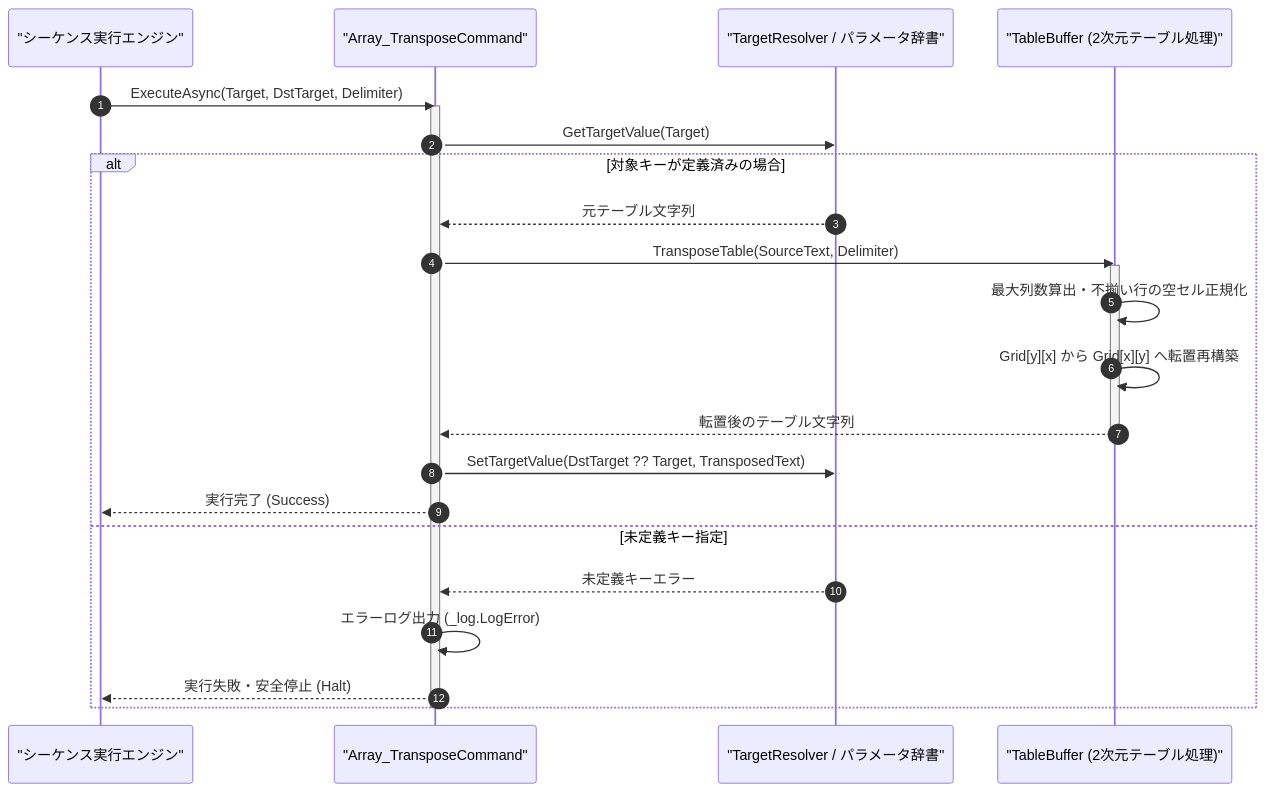
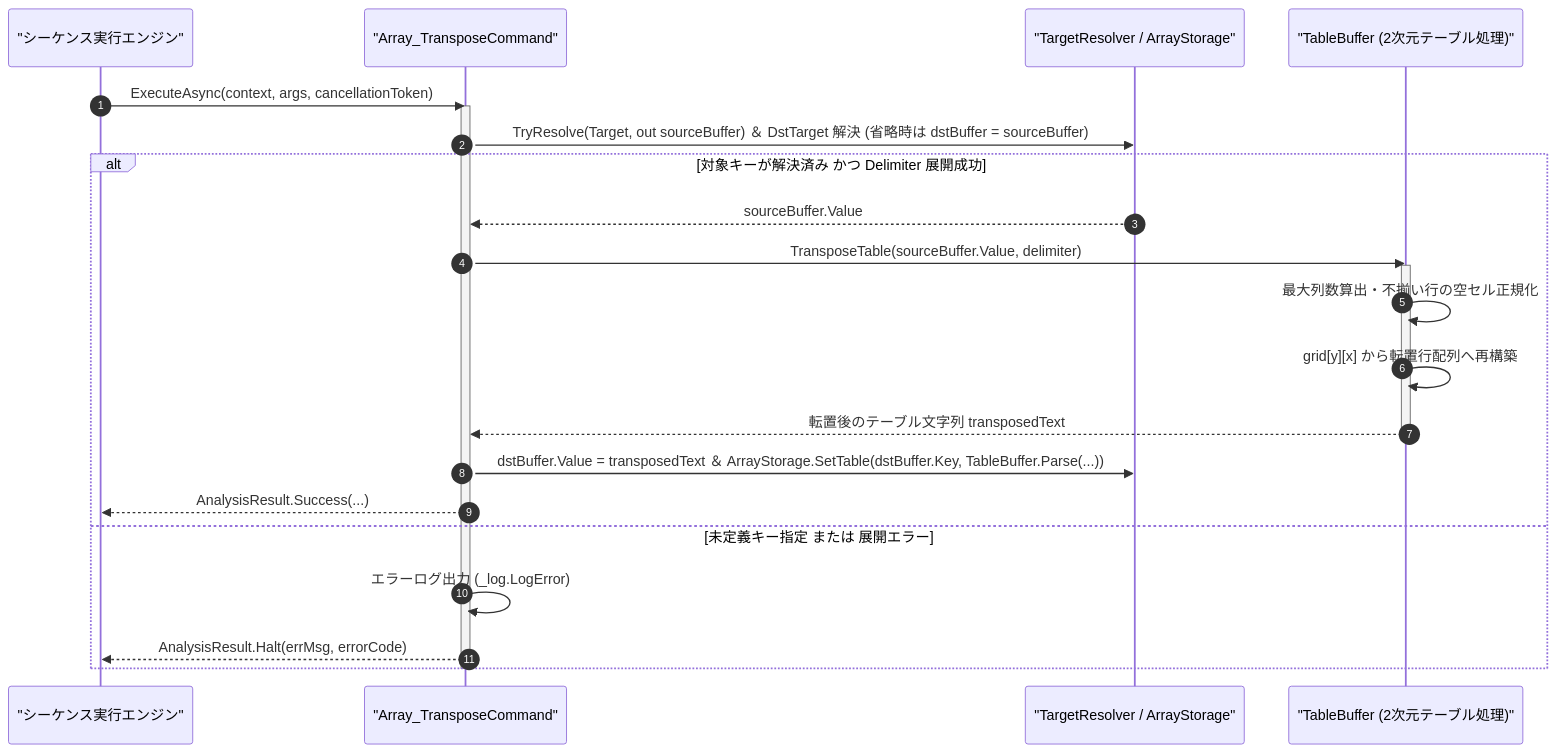
One commit to Monaca-App/TermAddIn changed the diagram in Manual/Core/Array/Array_Transpose.Md. Above: the diagram before and after it, drawn with Mermaid. The commit also changed other lines of this file and 157 other files, not shown here.

````diff
--- a/Manual/Core/Array/Array_Transpose.Md
+++ b/Manual/Core/Array/Array_Transpose.Md
@@ -67,28 +74,27 @@
 ```mermaid
 sequenceDiagram
     autonumber
     participant Engine as "シーケンス実行エンジン"
     participant Cmd as "Array_TransposeCommand"
-    participant Target as "TargetResolver / パラメータ辞書"
+    participant Target as "TargetResolver / ArrayStorage"
     participant Buffer as "TableBuffer (2次元テーブル処理)"
 
-    Engine->>Cmd: ExecuteAsync(Target, DstTarget, Delimiter)
+    Engine->>Cmd: ExecuteAsync(context, args, cancellationToken)
     activate Cmd
-    Cmd->>Target: GetTargetValue(Target)
-    alt 対象キーが定義済みの場合
-        Target-->>Cmd: 元テーブル文字列
-        Cmd->>Buffer: TransposeTable(SourceText, Delimiter)
+    Cmd->>Target: TryResolve(Target, out sourceBuffer) ＆ DstTarget 解決 (省略時は dstBuffer = sourceBuffer)
+    alt 対象キーが解決済み かつ Delimiter 展開成功
+        Target-->>Cmd: sourceBuffer.Value
+        Cmd->>Buffer: TransposeTable(sourceBuffer.Value, delimiter)
         activate Buffer
         Buffer->>Buffer: 最大列数算出・不揃い行の空セル正規化
-        Buffer->>Buffer: Grid[y][x] から Grid[x][y] へ転置再構築
-        Buffer-->>Cmd: 転置後のテーブル文字列
+        Buffer->>Buffer: grid[y][x] から転置行配列へ再構築
+        Buffer-->>Cmd: 転置後のテーブル文字列 transposedText
         deactivate Buffer
-        Cmd->>Target: SetTargetValue(DstTarget ?? Target, TransposedText)
-        Cmd-->>Engine: 実行完了 (Success)
-    else 未定義キー指定
-        Target-->>Cmd: 未定義キーエラー
+        Cmd->>Target: dstBuffer.Value = transposedText ＆ ArrayStorage.SetTable(dstBuffer.Key, TableBuffer.Parse(...))
+        Cmd-->>Engine: AnalysisResult.Success(...)
+    else 未定義キー指定 または 展開エラー
         Cmd->>Cmd: エラーログ出力 (_log.LogError)
-        Cmd-->>Engine: 実行失敗・安全停止 (Halt)
+        Cmd-->>Engine: AnalysisResult.Halt(errMsg, errorCode)
     end
     deactivate Cmd
 ```
````
